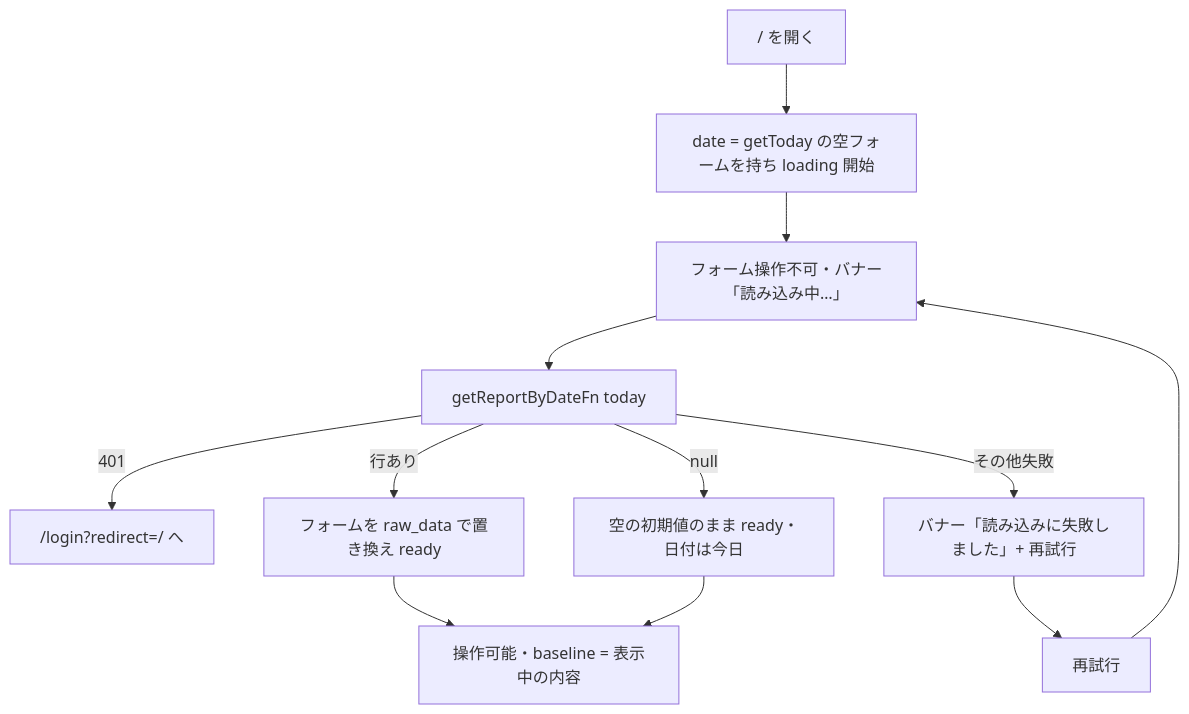
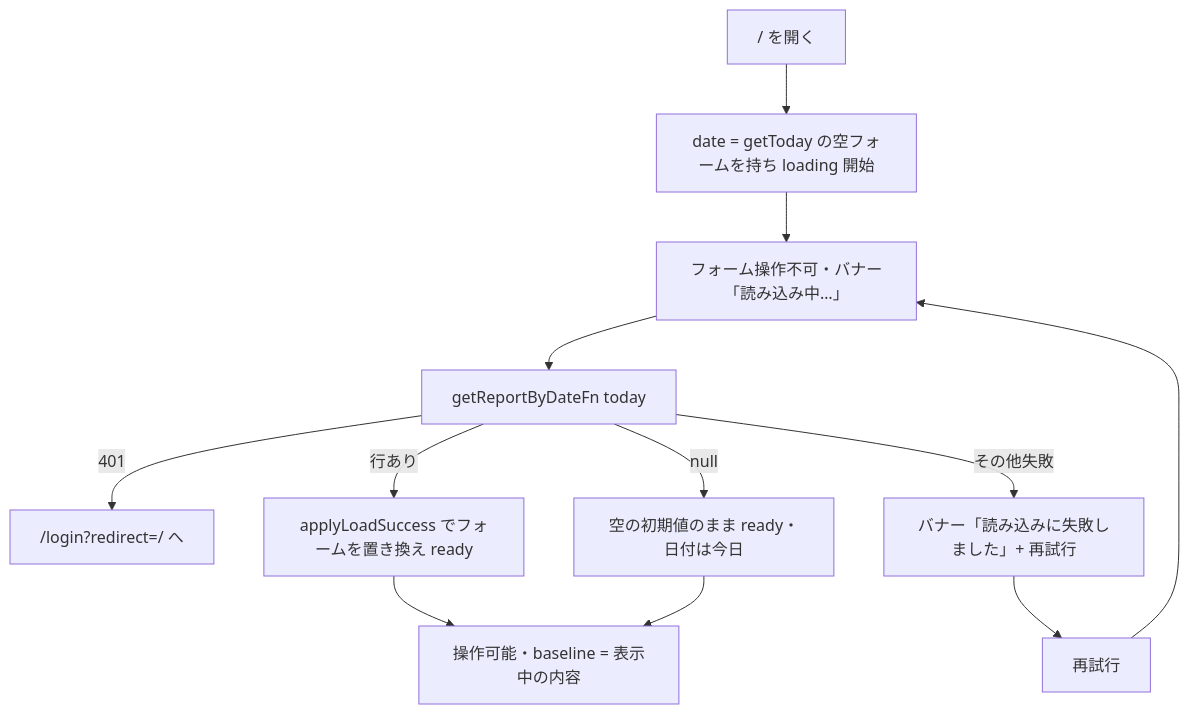
The first of 2 diagrams in docs/設計/日報の自動読み込み/日報の自動読み込み_設計書.md (KenichiMatsumoto123/work-hub), drawn with Mermaid before and after one commit. The commit also changed other lines of this file and 2 other files, not shown here.

````diff
--- a/docs/設計/日報の自動読み込み/日報の自動読み込み_設計書.md
+++ b/docs/設計/日報の自動読み込み/日報の自動読み込み_設計書.md
@@ -178,13 +185,13 @@
 ```mermaid
 flowchart TD
   A[ / を開く ] --> B[ date = getToday の空フォームを持ち loading 開始 ]
   B --> C[ フォーム操作不可・バナー「読み込み中…」 ]
   C --> D[ getReportByDateFn today ]
   D -->|401| E[ /login?redirect=/ へ ]
   D -->|その他失敗| F[ バナー「読み込みに失敗しました」+ 再試行 ]
-  D -->|行あり| G[ フォームを raw_data で置き換え ready ]
+  D -->|行あり| G[ applyLoadSuccess でフォームを置き換え ready ]
   D -->|null| H[ 空の初期値のまま ready・日付は今日 ]
   F --> I[ 再試行 ] --> C
   G --> J[ 操作可能・baseline = 表示中の内容 ]
   H --> J
 ```
````
